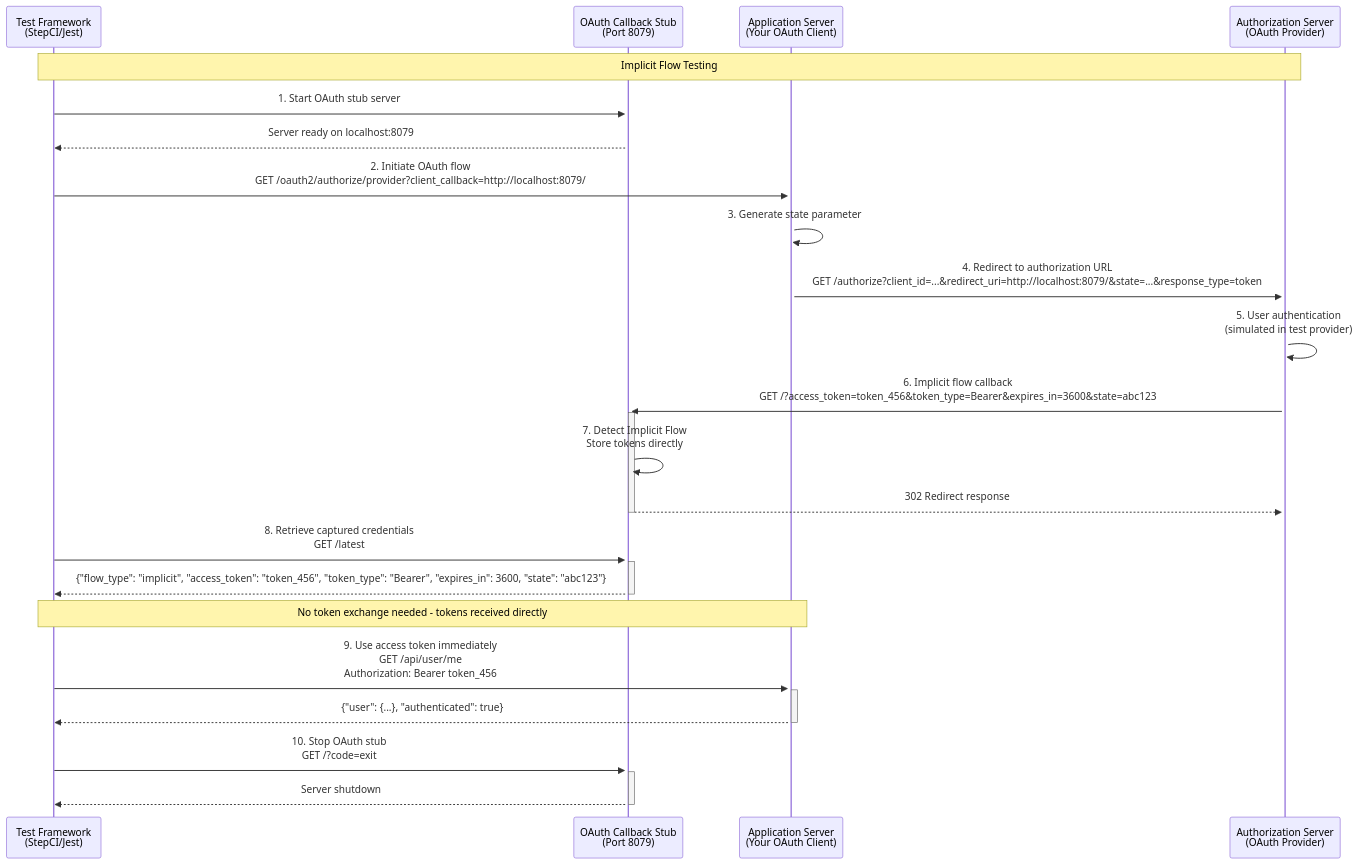
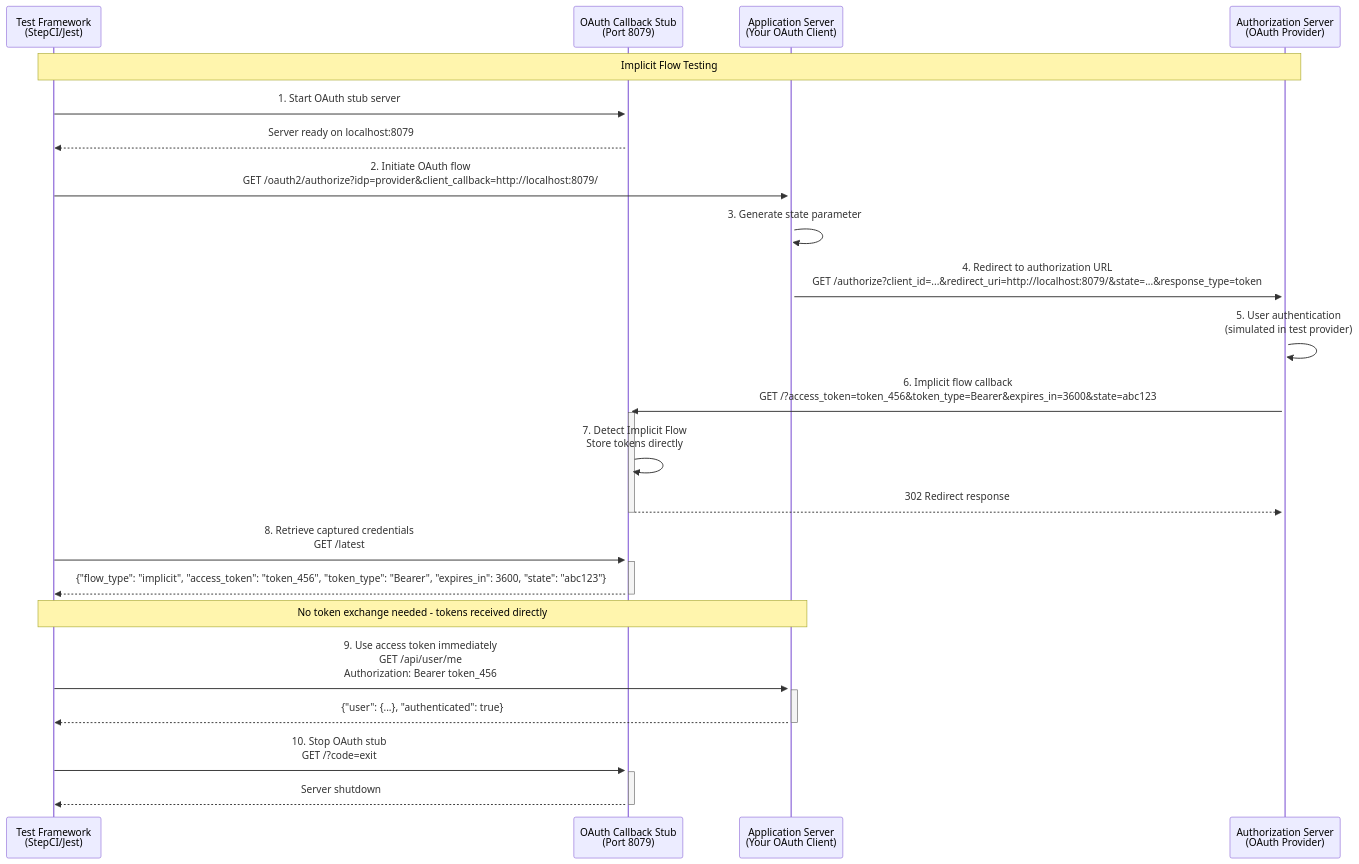
The second of 3 diagrams in scripts/oauth-client-callback-stub/oauth-flow-diagrams.md (ericfitz/tmi), drawn with Mermaid before and after one commit. The commit also changed other lines of this file and 37 other files, not shown here.

````diff
--- a/scripts/oauth-client-callback-stub/oauth-flow-diagrams.md
+++ b/scripts/oauth-client-callback-stub/oauth-flow-diagrams.md
@@ -45,32 +45,32 @@
 ```mermaid
 sequenceDiagram
     participant Test as Test Framework<br/>(StepCI/Jest)
     participant Stub as OAuth Callback Stub<br/>(Port 8079)
     participant App as Application Server<br/>(Your OAuth Client)
     participant Auth as Authorization Server<br/>(OAuth Provider)
 
     Note over Test, Auth: Implicit Flow Testing
 
     Test->>+Stub: 1. Start OAuth stub server
     Stub-->>Test: Server ready on localhost:8079
 
-    Test->>+App: 2. Initiate OAuth flow<br/>GET /oauth2/authorize/provider?client_callback=http://localhost:8079/
+    Test->>+App: 2. Initiate OAuth flow<br/>GET /oauth2/authorize?idp=provider&client_callback=http://localhost:8079/
     App->>App: 3. Generate state parameter
     App->>+Auth: 4. Redirect to authorization URL<br/>GET /authorize?client_id=...&redirect_uri=http://localhost:8079/&state=...&response_type=token
 
     Auth->>Auth: 5. User authentication<br/>(simulated in test provider)
     Auth->>+Stub: 6. Implicit flow callback<br/>GET /?access_token=token_456&token_type=Bearer&expires_in=3600&state=abc123
     Stub->>Stub: 7. Detect Implicit Flow<br/>Store tokens directly
     Stub-->>-Auth: 302 Redirect response
 
     Test->>+Stub: 8. Retrieve captured credentials<br/>GET /latest
     Stub-->>-Test: {"flow_type": "implicit", "access_token": "token_456", "token_type": "Bearer", "expires_in": 3600, "state": "abc123"}
 
     Note over Test, App: No token exchange needed - tokens received directly
 
     Test->>+App: 9. Use access token immediately<br/>GET /api/user/me<br/>Authorization: Bearer token_456
     App-->>-Test: {"user": {...}, "authenticated": true}
 
     Test->>+Stub: 10. Stop OAuth stub<br/>GET /?code=exit
     Stub-->>-Test: Server shutdown
 ```
````
